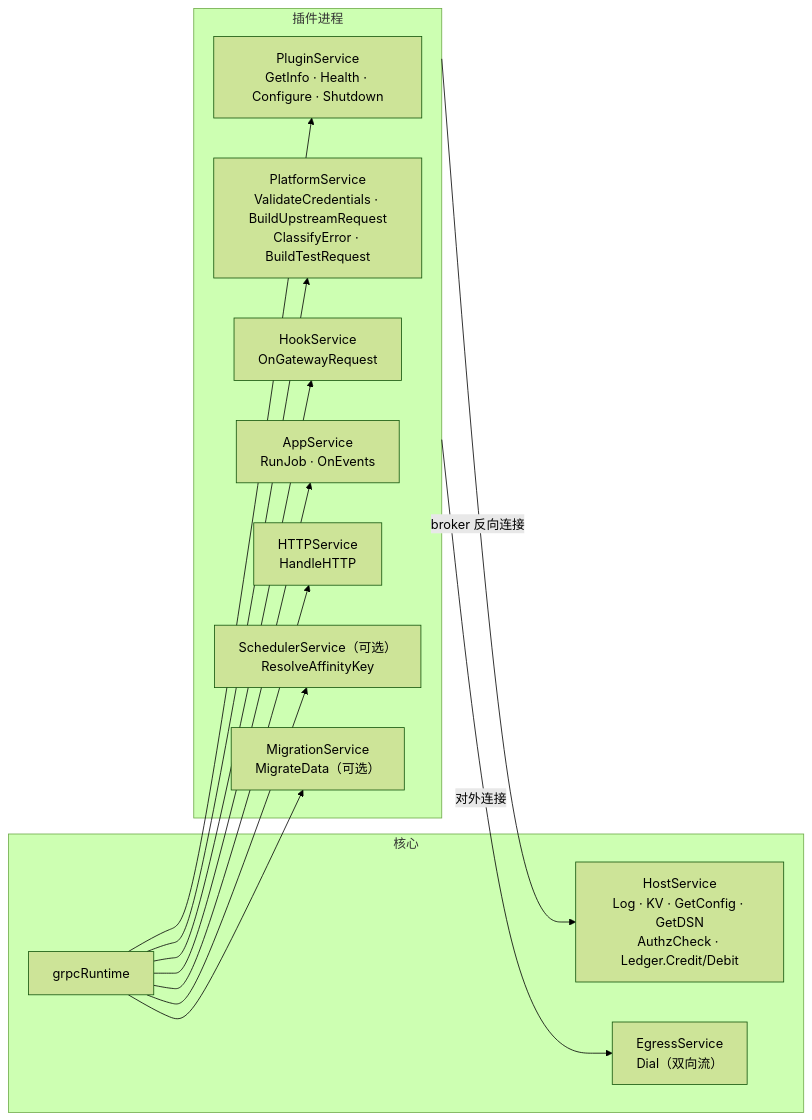
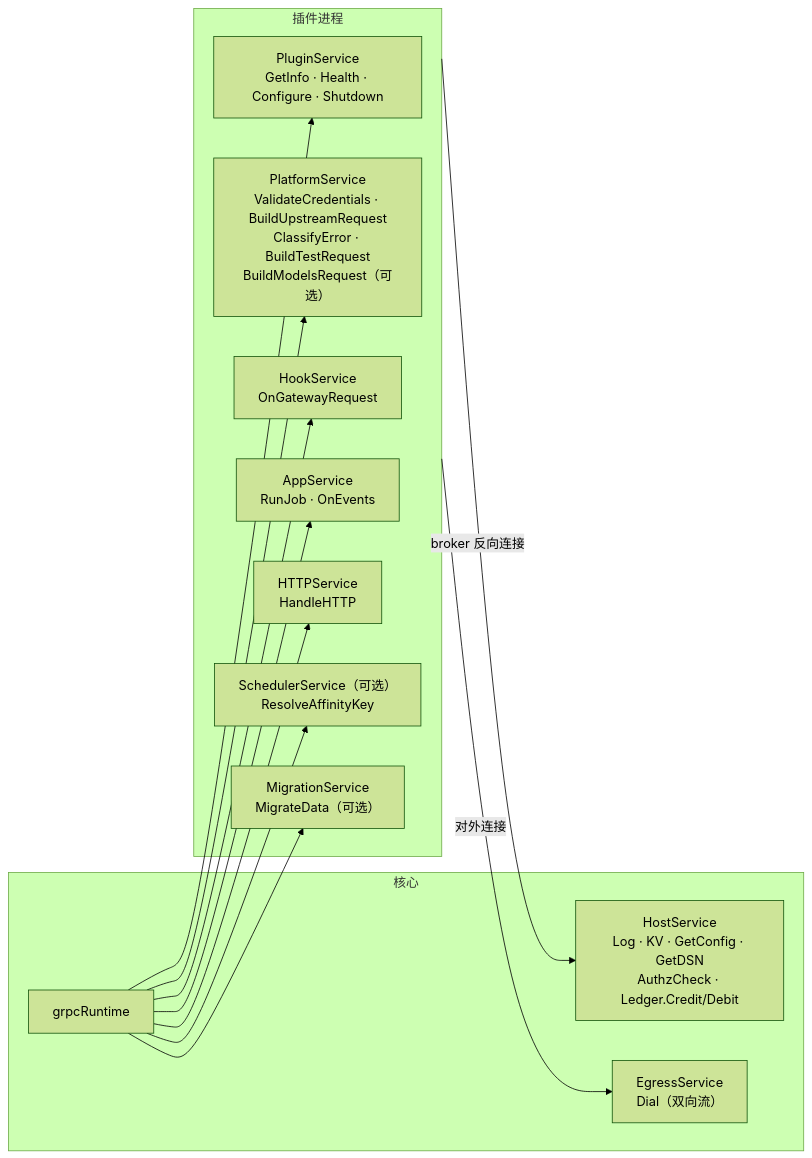
One commit to Sub2API-Devs/sup2api changed the fifth of 18 diagrams in next/docs/ARCHITECTURE.md. Above: the diagram before and after it, drawn with Mermaid (forest theme). The commit also changed other lines of this file and 43 other files, not shown here.

Commit message:
feat(next): fetch the model list from the upstream (CONTRACTS 19): optional plugin RPC BuildModelsRequest, POST /accounts/:id/models/fetch and /account-types/:plugin_key/:type/models/fetch, console picker; builtins 0.1.4, relay 0.1.2; mock-upstream model lists, e2e AC21

````diff
--- a/next/docs/ARCHITECTURE.md
+++ b/next/docs/ARCHITECTURE.md
@@ -486,20 +486,20 @@
 ```mermaid
 flowchart LR
   subgraph host["核心"]
     rt["grpcRuntime"]
     hs["HostService<br/>Log · KV · GetConfig · GetDSN<br/>AuthzCheck · Ledger.Credit/Debit"]
     eg["EgressService<br/>Dial（双向流）"]
   end
   subgraph plugin["插件进程"]
     ps["PluginService<br/>GetInfo · Health · Configure · Shutdown"]
-    pf["PlatformService<br/>ValidateCredentials · BuildUpstreamRequest<br/>ClassifyError · BuildTestRequest"]
+    pf["PlatformService<br/>ValidateCredentials · BuildUpstreamRequest<br/>ClassifyError · BuildTestRequest<br/>BuildModelsRequest（可选）"]
     hk["HookService<br/>OnGatewayRequest"]
     ap["AppService<br/>RunJob · OnEvents"]
     hx["HTTPService<br/>HandleHTTP"]
     sc["SchedulerService（可选）<br/>ResolveAffinityKey"]
     ms["MigrationService<br/>MigrateData（可选）"]
   end
   rt --> ps & pf & hk & ap & hx & sc & ms
   plugin -->|"broker 反向连接"| hs
   plugin -->|"对外连接"| eg
 ```
````
